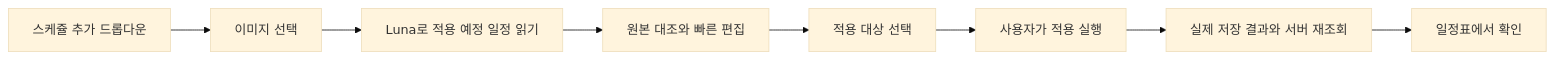
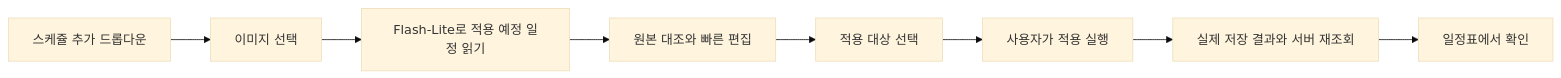
Before and after one commit to rlatmfrl24/overthewall-schedule: the diagram in docs/superpowers/specs/2026-11-12-sul-44-schedule-image-import-design.md, drawn with Mermaid (base theme). The commit also changed other lines of this file and 42 other files, not shown here.

Commit message:
feat(schedules): finalize Flash-Lite image import and review flow

````diff
--- a/docs/superpowers/specs/2026-11-12-sul-44-schedule-image-import-design.md
+++ b/docs/superpowers/specs/2026-11-12-sul-44-schedule-image-import-design.md
@@ -37,10 +49,10 @@
 ```mermaid
 flowchart LR
     A[스케쥴 추가 드롭다운] --> B[이미지 선택]
-    B --> C[Luna로 적용 예정 일정 읽기]
+    B --> C[Flash-Lite로 적용 예정 일정 읽기]
     C --> D[원본 대조와 빠른 편집]
     D --> E[적용 대상 선택]
     E --> F[사용자가 적용 실행]
     F --> G[실제 저장 결과와 서버 재조회]
     G --> H[일정표에서 확인]
 ```
````
